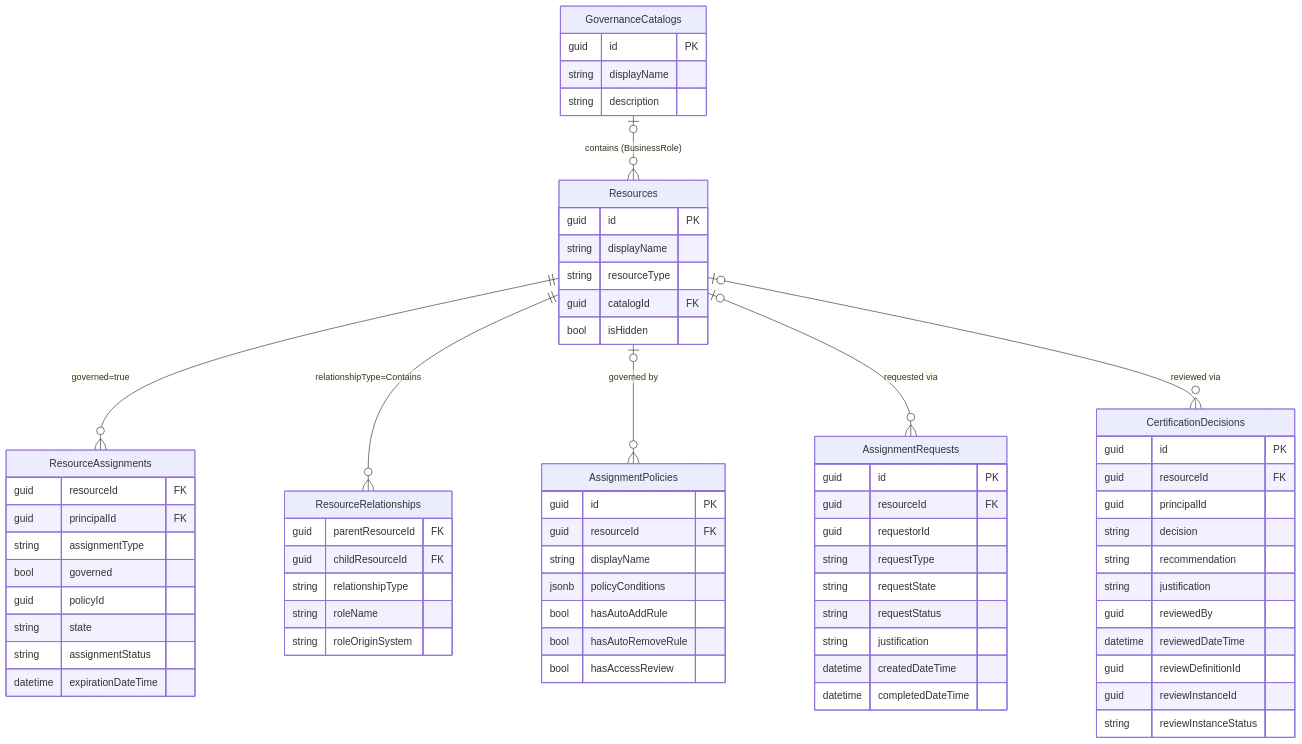
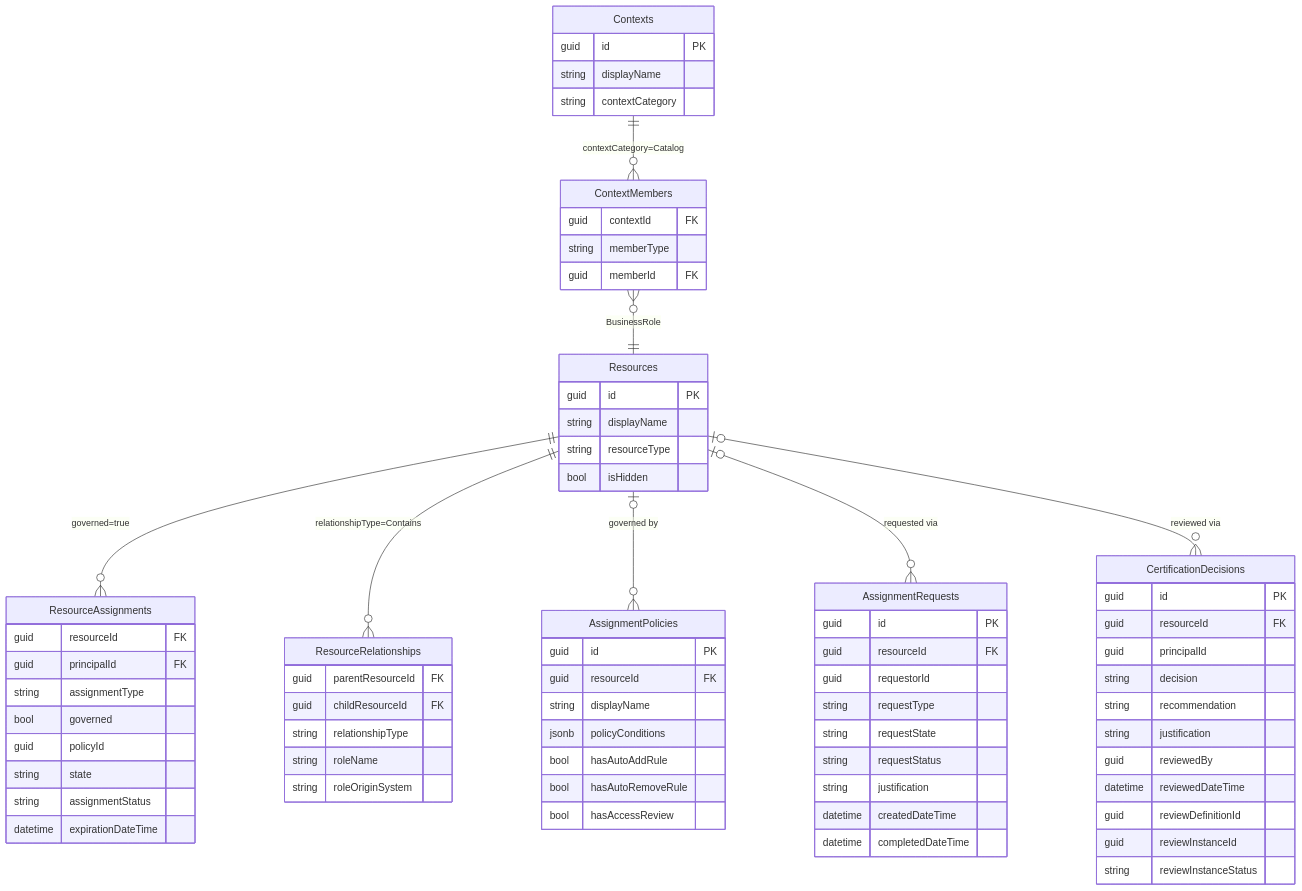
Before and after one commit to Fortigi/IdentityAtlas: the first of 2 diagrams in docs/concepts/governance-model.md, drawn with Mermaid. The commit also changed other lines of this file and 79 other files, not shown here.

First line of the commit message:
Catalogs become contexts (1/2): Catalog template, Entra crawler, Catalogs tab (#1704)

````diff
--- a/docs/concepts/governance-model.md
+++ b/docs/concepts/governance-model.md
@@ -37,72 +39,77 @@
 ```mermaid
 erDiagram
-    GovernanceCatalogs {
+    Contexts {
         guid id PK
         string displayName
-        string description
+        string contextCategory
+    }
+    ContextMembers {
+        guid contextId FK
+        string memberType
+        guid memberId FK
     }
     Resources {
         guid id PK
         string displayName
         string resourceType
-        guid catalogId FK
         bool isHidden
     }
     ResourceAssignments {
         guid resourceId FK
         guid principalId FK
         string assignmentType
         bool governed
         guid policyId
         string state
         string assignmentStatus
         datetime expirationDateTime
     }
     ResourceRelationships {
         guid parentResourceId FK
         guid childResourceId FK
         string relationshipType
         string roleName
         string roleOriginSystem
     }
     AssignmentPolicies {
         guid id PK
         guid resourceId FK
         string displayName
         jsonb policyConditions
         bool hasAutoAddRule
         bool hasAutoRemoveRule
         bool hasAccessReview
     }
     AssignmentRequests {
         guid id PK
         guid resourceId FK
         guid requestorId
         string requestType
         string requestState
         string requestStatus
         string justification
         datetime createdDateTime
         datetime completedDateTime
     }
     CertificationDecisions {
         guid id PK
         guid resourceId FK
         guid principalId
         string decision
         string recommendation
         string justification
         guid reviewedBy
         datetime reviewedDateTime
         guid reviewDefinitionId
         guid reviewInstanceId
         string reviewInstanceStatus
     }
 
-    GovernanceCatalogs |o--o{ Resources : "contains (BusinessRole)"
+    Contexts ||--o{ ContextMembers : "contextCategory=Catalog"
+    ContextMembers }o--|| Resources : "BusinessRole"
     Resources ||--o{ ResourceAssignments : "governed=true"
     Resources ||--o{ ResourceRelationships : "relationshipType=Contains"
     Resources |o--o{ AssignmentPolicies : "governed by"
     Resources |o--o{ AssignmentRequests : "requested via"
     Resources |o--o{ CertificationDecisions : "reviewed via"
 ```
````
